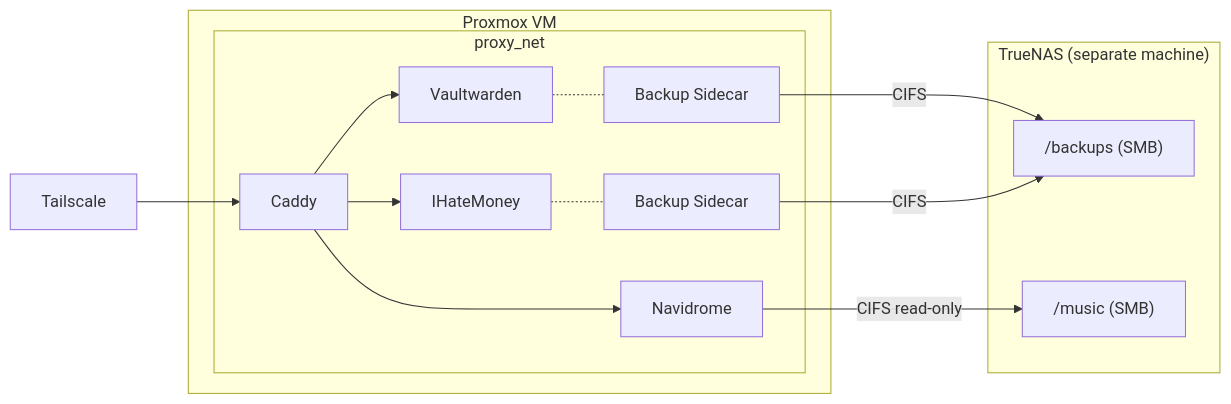
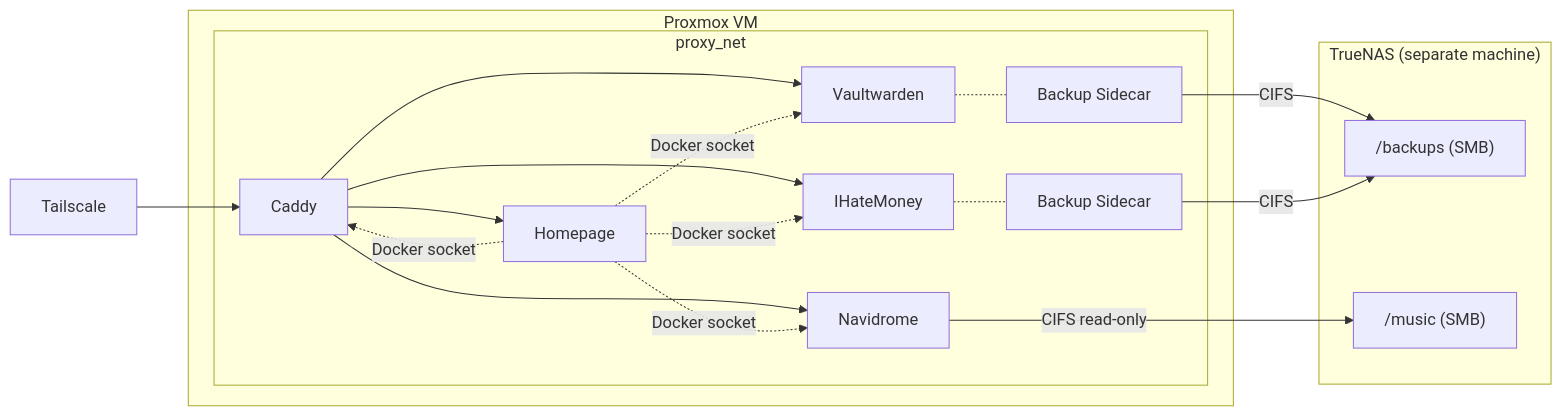
One commit to masolnada/homelab changed the first of 2 diagrams in README.md. Above: the diagram before and after it, drawn with Mermaid. The commit also changed other lines of this file, not shown here.

````diff
--- a/README.md
+++ b/README.md
@@ -7,23 +7,28 @@
 ```mermaid
 graph LR
     TS[Tailscale] --> Caddy
 
     subgraph VM["Proxmox VM"]
         subgraph proxy_net
+            Caddy --> Homepage
             Caddy --> Vaultwarden
             Caddy --> Navidrome
             Caddy --> IHateMoney
+            Homepage -.->|Docker socket| Caddy
+            Homepage -.->|Docker socket| Vaultwarden
+            Homepage -.->|Docker socket| Navidrome
+            Homepage -.->|Docker socket| IHateMoney
             Vaultwarden -.- Backup[Backup Sidecar]
             IHateMoney -.- IHMBackup[Backup Sidecar]
         end
     end
 
     subgraph NAS["TrueNAS (separate machine)"]
         backups["/backups (SMB)"]
         music["/music (SMB)"]
     end
 
     Backup -->|CIFS| backups
     IHMBackup -->|CIFS| backups
     Navidrome -->|CIFS read-only| music
 ```
````
